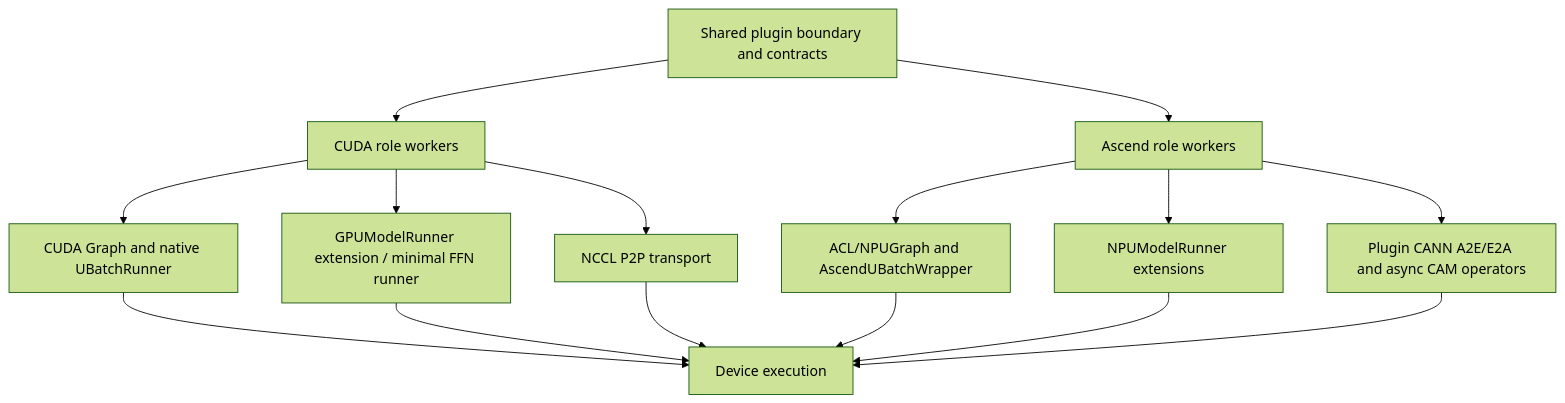
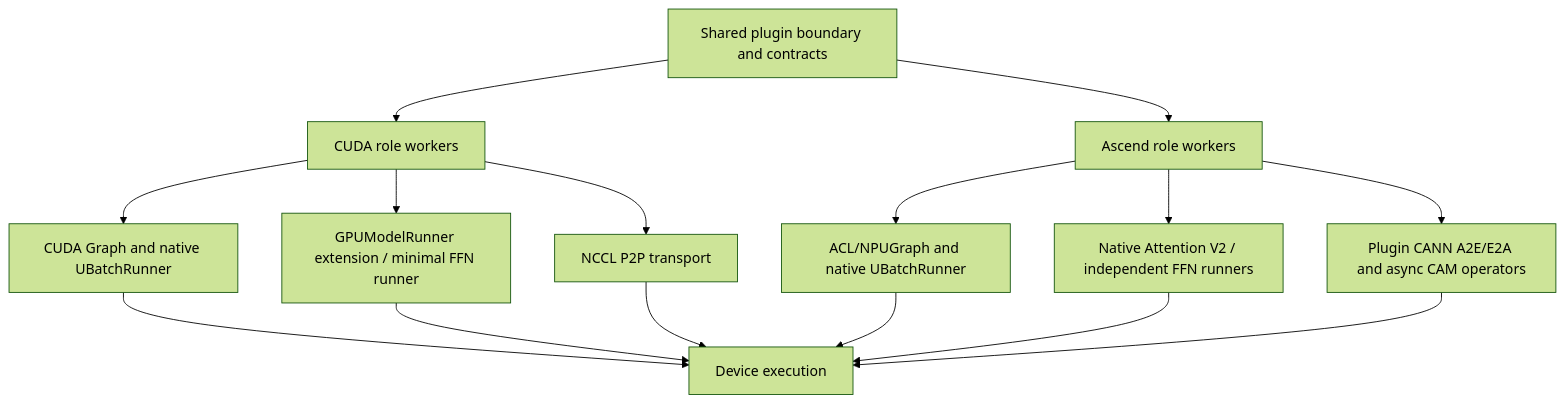
Before and after one commit to Pingzii/afd-plugin: the diagram in docs/design/module/execution_platforms.md, drawn with Mermaid (forest theme). The commit also changed other lines of this file and 55 other files, not shown here.

First line of the commit message:
[NPU] Retire MRV1 and preserve native MRV2 graph/DBO (#462)

````diff
--- a/docs/design/module/execution_platforms.md
+++ b/docs/design/module/execution_platforms.md
@@ -114,18 +108,18 @@
 ```mermaid
 flowchart TB
     COMMON["Shared plugin boundary and contracts"]
     COMMON --> CUDA["CUDA role workers"]
     COMMON --> NPU["Ascend role workers"]
     CUDA --> GPU_RUNNERS["GPUModelRunner extension / minimal FFN runner"]
     CUDA --> CUDA_GRAPH["CUDA Graph and native UBatchRunner"]
     CUDA --> NCCL["NCCL P2P transport"]
-    NPU --> NPU_RUNNERS["NPUModelRunner extensions"]
-    NPU --> ACL["ACL/NPUGraph and AscendUBatchWrapper"]
+    NPU --> NPU_RUNNERS["Native Attention V2 / independent FFN runners"]
+    NPU --> ACL["ACL/NPUGraph and native UBatchRunner"]
     NPU --> CANN["Plugin CANN A2E/E2A and async CAM operators"]
     CUDA_GRAPH --> DEVICE["Device execution"]
     GPU_RUNNERS --> DEVICE
     NCCL --> DEVICE
     ACL --> DEVICE
     NPU_RUNNERS --> DEVICE
     CANN --> DEVICE
 ```
````
